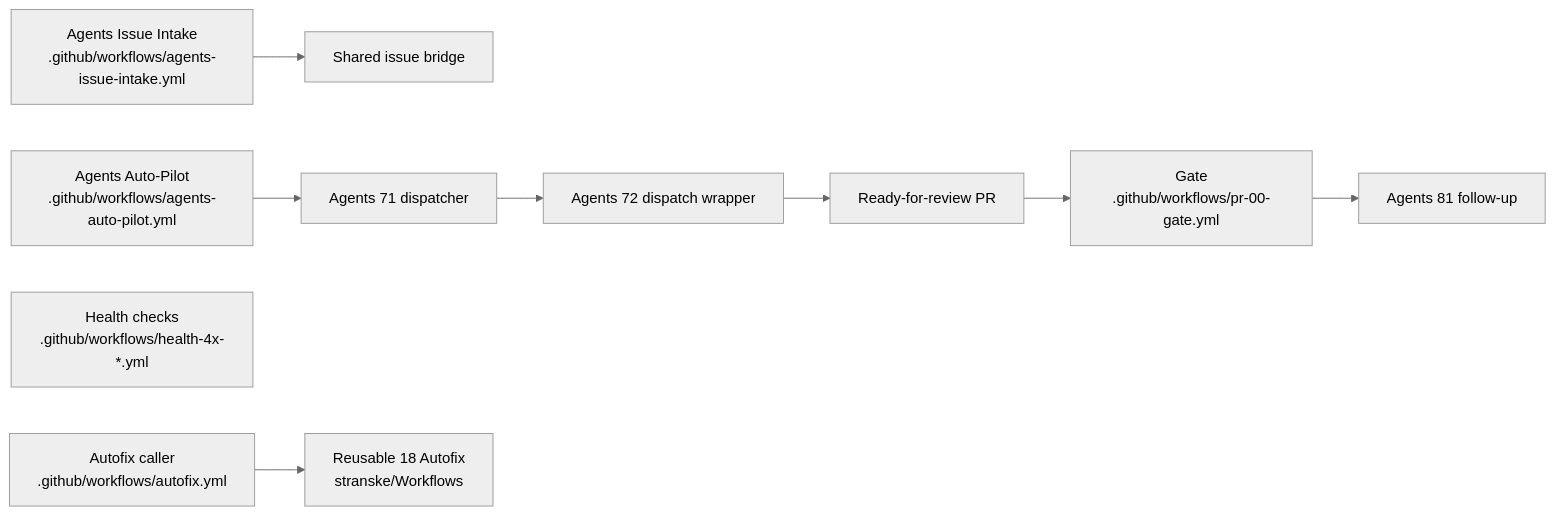
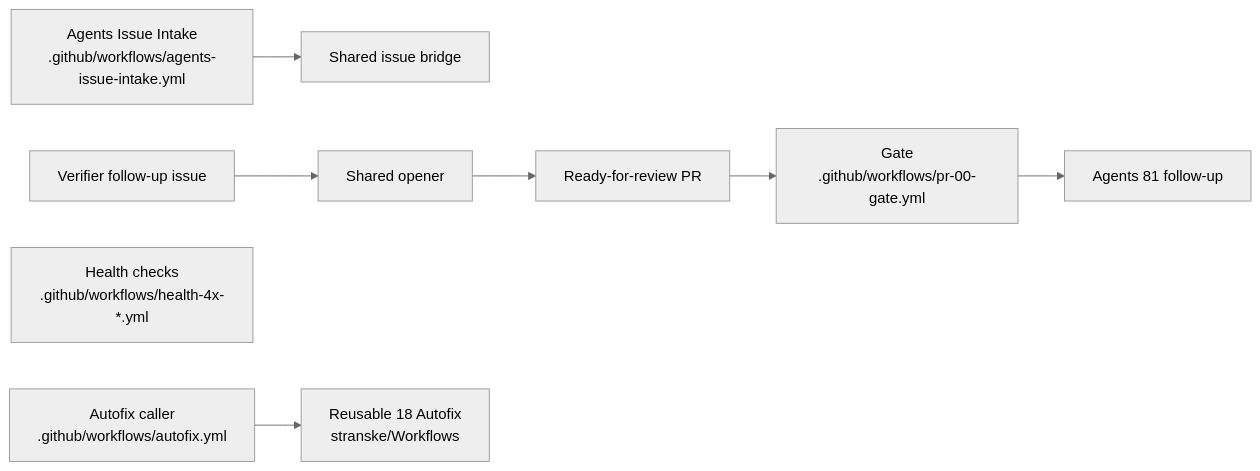
Before and after one commit to stranske/Trend_Model_Project: the first of 2 diagrams in docs/ci/WORKFLOWS.md, drawn with Mermaid (neutral theme). The commit also changed other lines of this file and 9 other files, not shown here.

Commit message:
Point Trend operator guides and policy checks to the shared opener (#6262)

````diff
--- a/docs/ci/WORKFLOWS.md
+++ b/docs/ci/WORKFLOWS.md
@@ -10,8 +10,8 @@
 ```mermaid
 flowchart LR
     intake["Agents Issue Intake\n.github/workflows/agents-issue-intake.yml"] --> bridge["Shared issue bridge"]
-    autoPilot["Agents Auto-Pilot\n.github/workflows/agents-auto-pilot.yml"] --> dispatcher["Agents 71 dispatcher"] --> workerDispatch["Agents 72 dispatch wrapper"]
-    workerDispatch --> readyPr["Ready-for-review PR"] --> gate["Gate\n.github/workflows/pr-00-gate.yml"] --> gateFollowups["Agents 81 follow-up"]
+    verifier["Verifier follow-up issue"] --> opener["Shared opener"]
+    opener --> readyPr["Ready-for-review PR"] --> gate["Gate\n.github/workflows/pr-00-gate.yml"] --> gateFollowups["Agents 81 follow-up"]
     healthGuard["Health checks\n.github/workflows/health-4x-*.yml"]
     autofixCaller["Autofix caller\n.github/workflows/autofix.yml"] --> autofix["Reusable 18 Autofix\nstranske/Workflows"]
 ```
````
